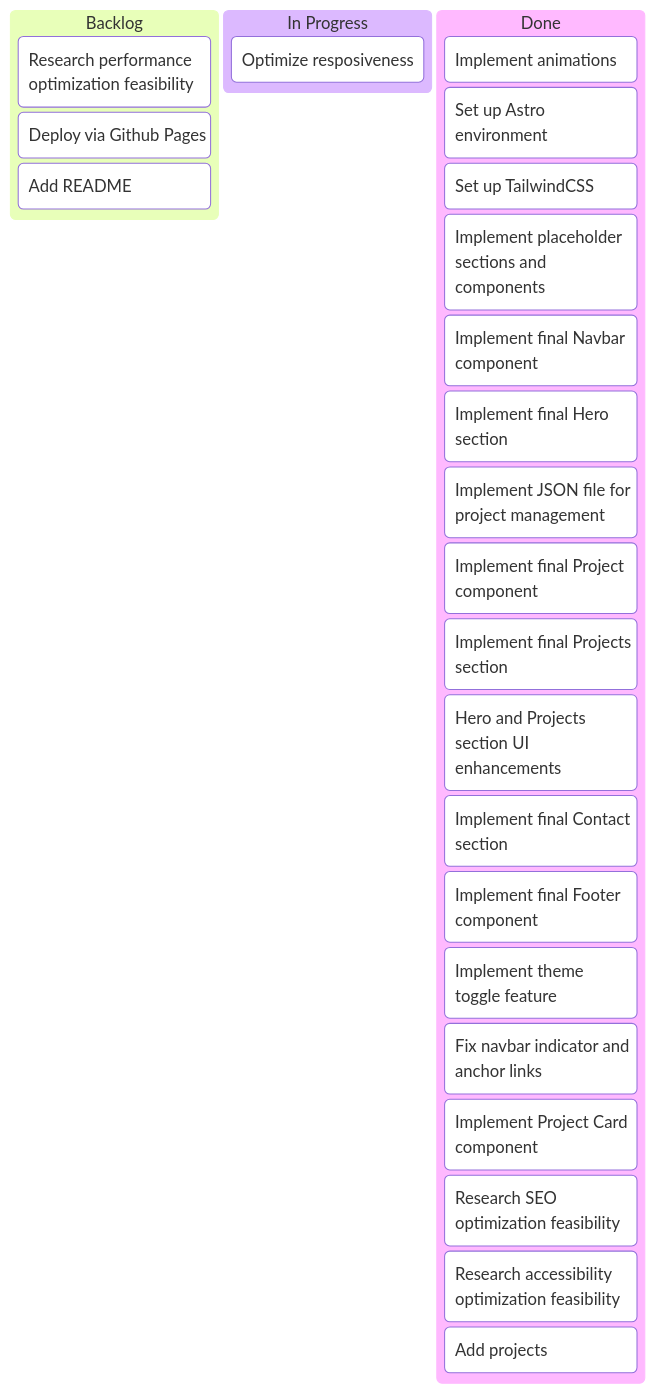
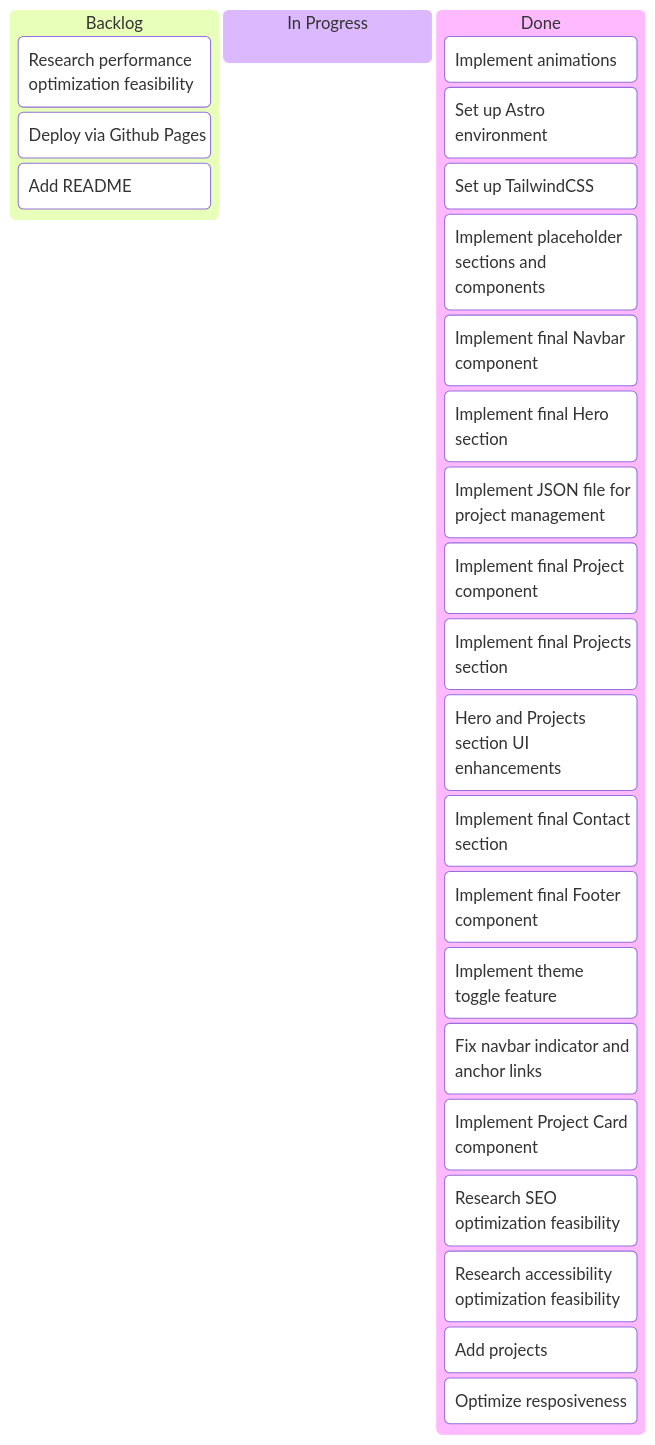
One commit to CantarinoG/portfolio changed the diagram in docs/kanban.md. Above: the diagram before and after it, drawn with Mermaid. The commit also changed other lines of this file and 3 other files, not shown here.

````diff
--- a/docs/kanban.md
+++ b/docs/kanban.md
@@ -1,28 +1,28 @@
 ```mermaid
 kanban
   stage1[Backlog]
     card18[Research performance optimization feasibility]
     card20[Deploy via Github Pages]
     card29[Add README]
   stage2[In Progress]
-    card23[Optimize resposiveness]
   stage3[Done]
     card16[Implement animations]
     card1[Set up Astro environment]
     card24[Set up TailwindCSS]
     card5[Implement placeholder sections and components]
     card6[Implement final Navbar component]
     card7[Implement final Hero section]
     card22[Implement JSON file for project management]
     card8[Implement final Project component]
     card11[Implement final Projects section]
     card26[Hero and Projects section UI enhancements]
     card12[Implement final Contact section]
     card14[Implement final Footer component]
     card15[Implement theme toggle feature]
     card28[Fix navbar indicator and anchor links]
     card27[Implement Project Card component]
     card17[Research SEO optimization feasibility]
     card19[Research accessibility optimization feasibility]
     card25[Add projects]
+    card23[Optimize resposiveness]
 ```
````
